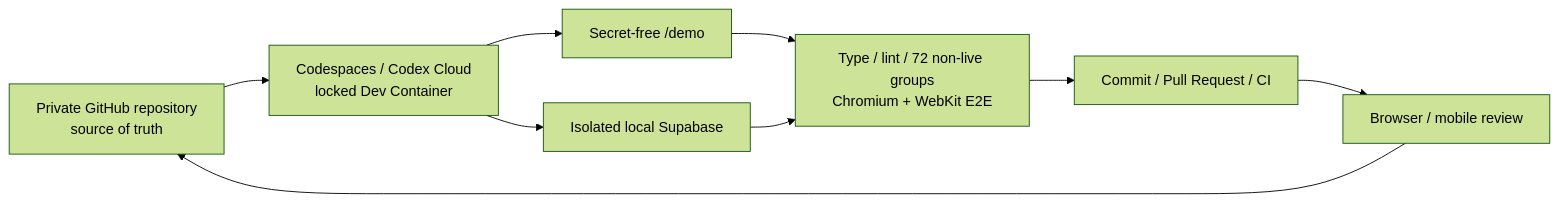
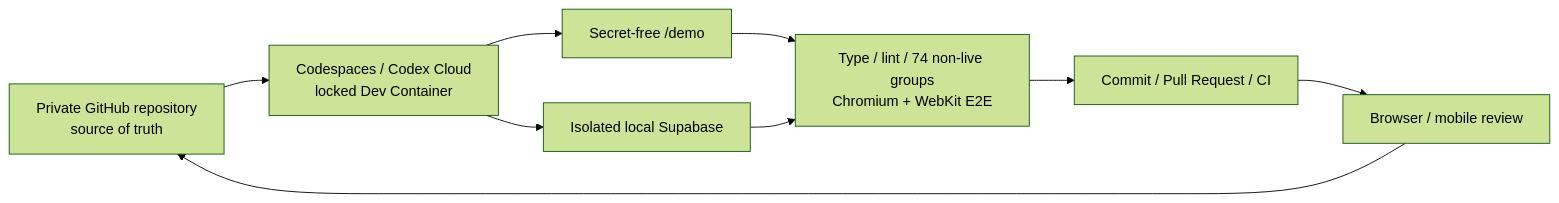
Before and after one commit to genellect/compass-interactive: the first of 2 diagrams in README.md, drawn with Mermaid (forest theme). The commit also changed other lines of this file and 115 other files, not shown here.

````diff
--- a/README.md
+++ b/README.md
@@ -109,11 +109,11 @@
 ```mermaid
 flowchart LR
     GitHub["Private GitHub repository\nsource of truth"] --> Workspace["Codespaces / Codex Cloud\nlocked Dev Container"]
     Workspace --> Demo["Secret-free /demo"]
     Workspace --> Local["Isolated local Supabase"]
-    Demo --> Gate["Type / lint / 72 non-live groups\nChromium + WebKit E2E"]
+    Demo --> Gate["Type / lint / 74 non-live groups\nChromium + WebKit E2E"]
     Local --> Gate
     Gate --> PR["Commit / Pull Request / CI"]
     PR --> Review["Browser / mobile review"]
     Review --> GitHub
 ```
````
